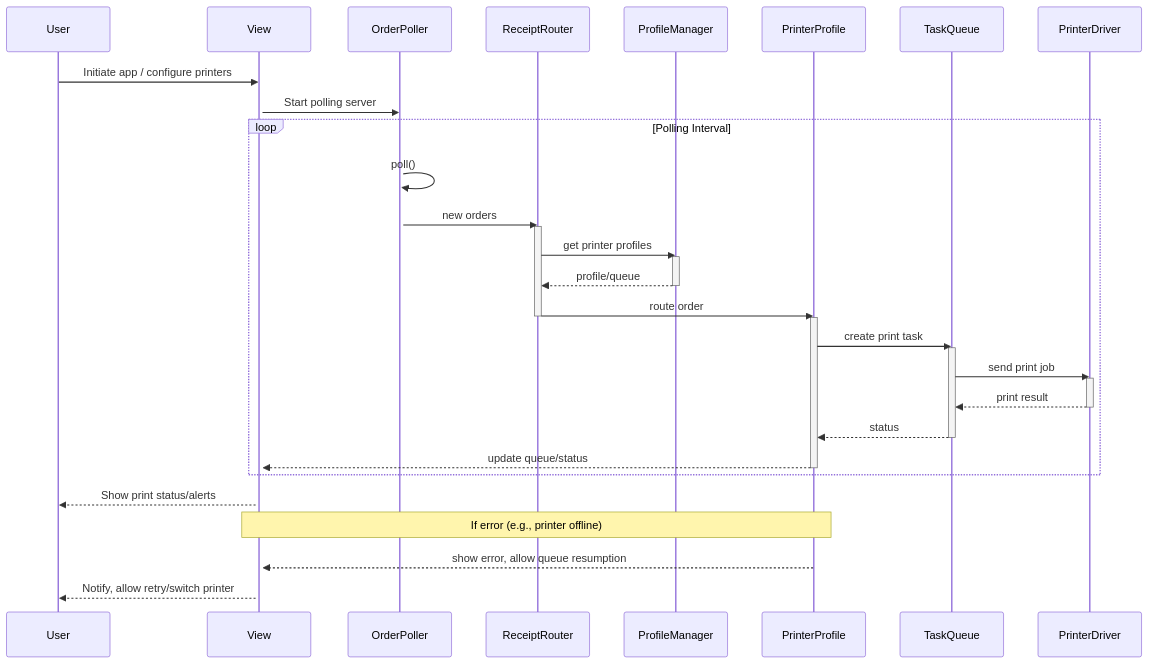
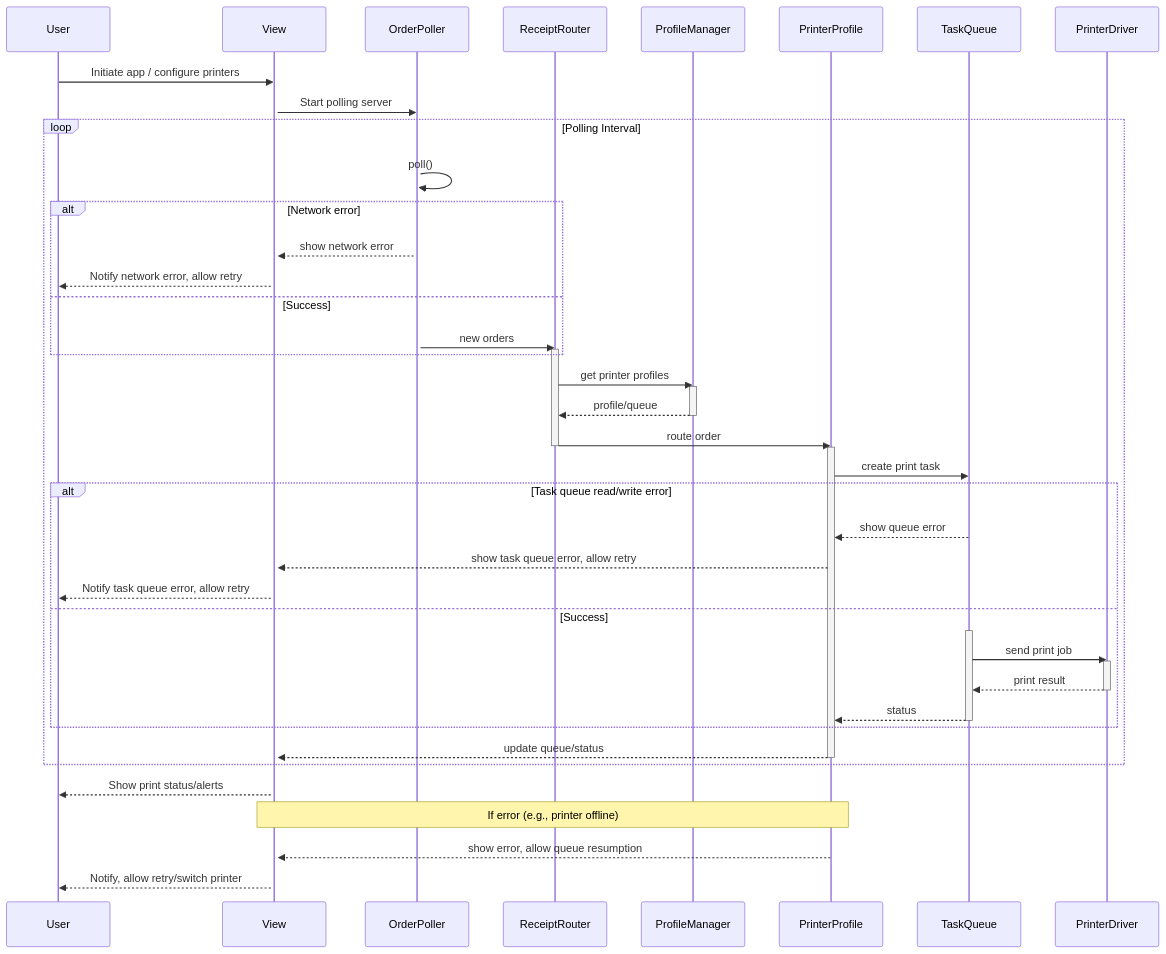
One commit to manhon95/pos-revamp changed the diagram in docs/architecture-sequence-diagram.mmd. Above: the diagram before and after it, drawn with Mermaid.

Commit message:
update sequence diagram

```diff
--- a/docs/architecture-sequence-diagram.mmd
+++ b/docs/architecture-sequence-diagram.mmd
@@ -1,40 +1,51 @@
 sequenceDiagram
     participant User
     participant View
     participant OrderPoller
     participant ReceiptRouter
     participant ProfileManager
     participant PrinterProfile
     participant TaskQueue
     participant PrinterDriver
 
     User->>View: Initiate app / configure printers
     activate View
     View->>OrderPoller: Start polling server
     activate OrderPoller
     loop Polling Interval
         OrderPoller->>OrderPoller: poll()
-        OrderPoller->>ReceiptRouter: new orders
-        activate ReceiptRouter
+        alt Network error
+            OrderPoller-->>View: show network error
+            View-->>User: Notify network error, allow retry
+        else Success
+            OrderPoller->>ReceiptRouter: new orders
+            activate ReceiptRouter
+        end
         ReceiptRouter->>ProfileManager: get printer profiles
         activate ProfileManager
         ProfileManager-->>ReceiptRouter: profile/queue
         deactivate ProfileManager
         ReceiptRouter->>PrinterProfile: route order
         deactivate ReceiptRouter
         activate PrinterProfile
         PrinterProfile->>TaskQueue: create print task
-        activate TaskQueue
-        TaskQueue->>PrinterDriver: send print job
-        activate PrinterDriver
-        PrinterDriver-->>TaskQueue: print result
-        deactivate PrinterDriver
-        TaskQueue-->>PrinterProfile: status
-        deactivate TaskQueue
+        alt Task queue read/write error
+            TaskQueue-->>PrinterProfile: show queue error
+            PrinterProfile-->>View: show task queue error, allow retry
+            View-->>User: Notify task queue error, allow retry
+        else Success
+            activate TaskQueue
+            TaskQueue->>PrinterDriver: send print job
+            activate PrinterDriver
+            PrinterDriver-->>TaskQueue: print result
+            deactivate PrinterDriver
+            TaskQueue-->>PrinterProfile: status
+            deactivate TaskQueue
+        end
         PrinterProfile-->>View: update queue/status
         deactivate PrinterProfile
     end
     View-->>User: Show print status/alerts
     Note over PrinterProfile,View: If error (e.g., printer offline)
     PrinterProfile-->>View: show error, allow queue resumption
     View-->>User: Notify, allow retry/switch printer
```
